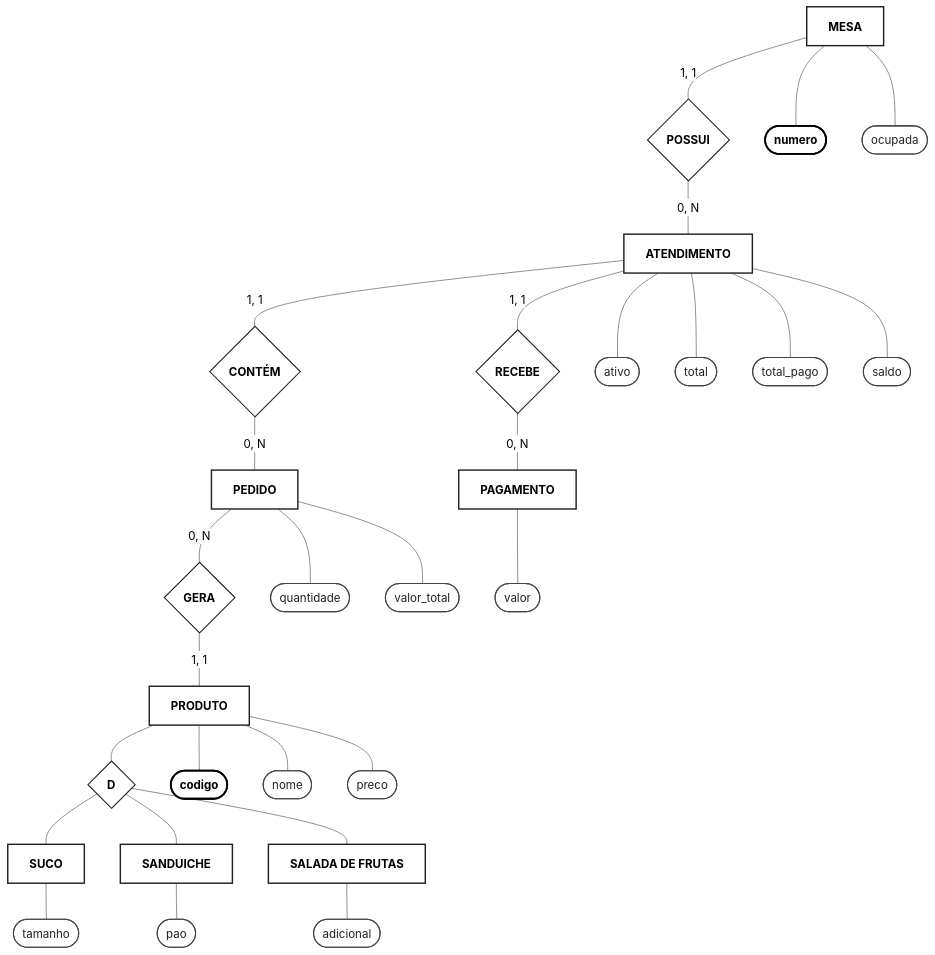
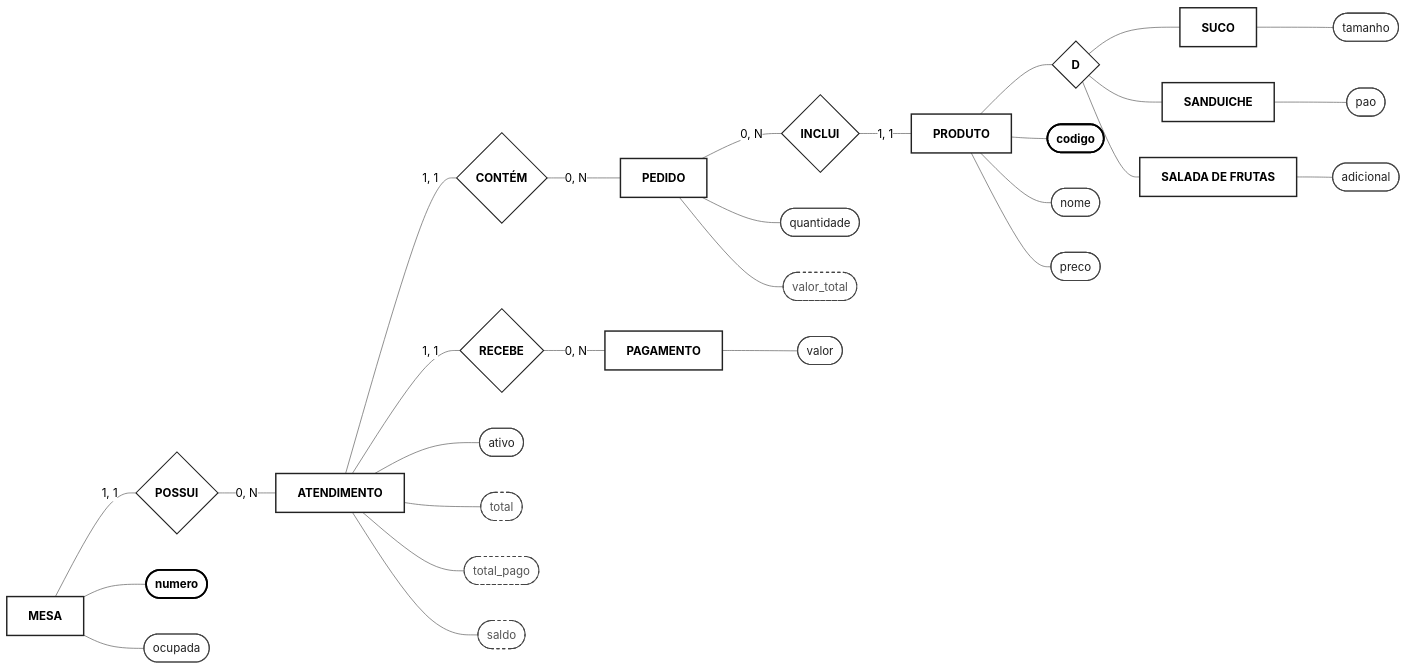
One commit to Bill-Watterson/teste changed the diagram in diagrama.md. Above: the diagram before and after it, drawn with Mermaid (neutral theme).

````diff
--- a/diagrama.md
+++ b/diagrama.md
@@ -1,13 +1,14 @@
 ```mermaid
-flowchart TB
-    %% --- ESTILIZAÇÃO VISUAL (PADRÃO DRAW.IO / CHEN) ---
+flowchart LR
+    %% --- ESTILIZAÇÃO VISUAL ---
     classDef entidade fill:#ffffff,stroke:#222222,stroke-width:2px,color:#000000,font-weight:bold;
     classDef atributo fill:#ffffff,stroke:#444444,stroke-width:1.5px,color:#222222;
     classDef atributoPK fill:#ffffff,stroke:#000000,stroke-width:2.5px,color:#000000,font-weight:bold;
+    classDef atributoDerivado fill:#ffffff,stroke:#444444,stroke-width:1.5px,stroke-dasharray: 4 4,color:#555555;
     classDef relacao fill:#ffffff,stroke:#222222,stroke-width:1.5px,color:#000000,font-weight:bold;
     classDef disjuncao fill:#ffffff,stroke:#222222,stroke-width:1.5px,color:#000000,font-weight:bold;
 
-    %% --- ENTIDADES (RETÂNGULOS) ---
+    %% --- ENTIDADES ---
     MESA[MESA]:::entidade
     ATENDIMENTO[ATENDIMENTO]:::entidade
     PEDIDO[PEDIDO]:::entidade
@@ -17,62 +18,52 @@
     SANDUICHE[SANDUICHE]:::entidade
     SALADA[SALADA DE FRUTAS]:::entidade
 
-    %% --- RELACIONAMENTOS (LOSANGOS) ---
+    %% --- RELACIONAMENTOS ---
     R_POSSUI{ POSSUI }:::relacao
     R_CONTEM{ CONTÉM }:::relacao
     R_RECEBE{ RECEBE }:::relacao
-    R_GERA{ GERA }:::relacao
+    R_INCLUI{ INCLUI }:::relacao
     D{ D }:::disjuncao
 
-    %% --- ATRIBUTOS DA MESA ---
+    %% --- ATRIBUTOS MESA ---
     A_m_num([numero]):::atributoPK
     A_m_ocup([ocupada]):::atributo
-
     MESA --- A_m_num
     MESA --- A_m_ocup
 
-    %% --- ATRIBUTOS DO ATENDIMENTO ---
+    %% --- ATRIBUTOS ATENDIMENTO ---
     A_at_ativo([ativo]):::atributo
-    A_at_tot([total]):::atributo
-    A_at_pago([total_pago]):::atributo
-    A_at_saldo([saldo]):::atributo
-
+    A_at_tot([total]):::atributoDerivado
+    A_at_pago([total_pago]):::atributoDerivado
+    A_at_saldo([saldo]):::atributoDerivado
     ATENDIMENTO --- A_at_ativo
     ATENDIMENTO --- A_at_tot
     ATENDIMENTO --- A_at_pago
     ATENDIMENTO --- A_at_saldo
 
-    %% --- ATRIBUTOS DO PEDIDO ---
+    %% --- ATRIBUTOS PEDIDO ---
     A_ped_qtd([quantidade]):::atributo
-    A_ped_sub([valor_total]):::atributo
-
+    A_ped_sub([valor_total]):::atributoDerivado
     PEDIDO --- A_ped_qtd
     PEDIDO --- A_ped_sub
 
-    %% --- ATRIBUTOS DO PAGAMENTO ---
+    %% --- ATRIBUTOS PAGAMENTO ---
     A_pag_val([valor]):::atributo
-
     PAGAMENTO --- A_pag_val
 
-    %% --- ATRIBUTOS DO PRODUTO E SUBCLASSES ---
+    %% --- ATRIBUTOS PRODUTO E SUBCLASSES ---
     A_pr_cod([codigo]):::atributoPK
     A_pr_nom([nome]):::atributo
     A_pr_pre([preco]):::atributo
-
     PRODUTO --- A_pr_cod
     PRODUTO --- A_pr_nom
     PRODUTO --- A_pr_pre
 
-    A_s_tam([tamanho]):::atributo
-    SUCO --- A_s_tam
+    SUCO --- A_s_tam([tamanho]):::atributo
+    SANDUICHE --- A_sa_pao([pao]):::atributo
+    SALADA --- A_sf_adi([adicional]):::atributo
 
-    A_sa_pao([pao]):::atributo
-    SANDUICHE --- A_sa_pao
-
-    A_sf_adi([adicional]):::atributo
-    SALADA --- A_sf_adi
-
-    %% --- LIGAÇÕES DE CARDINALIDADE ---
+    %% --- CADEIA PRINCIPAL E CARDINALIDADES ---
     MESA ---|1, 1| R_POSSUI
     R_POSSUI ---|0, N| ATENDIMENTO
 
@@ -82,10 +73,10 @@
     ATENDIMENTO ---|1, 1| R_RECEBE
     R_RECEBE ---|0, N| PAGAMENTO
 
-    PEDIDO ---|0, N| R_GERA
-    R_GERA ---|1, 1| PRODUTO
+    PEDIDO ---|0, N| R_INCLUI
+    R_INCLUI ---|1, 1| PRODUTO
 
-    %% --- HERANÇA / ESPECIALIZAÇÃO (D) ---
+    %% --- HERANÇA (D) ---
     PRODUTO --- D
     D --- SUCO
     D --- SANDUICHE
````
